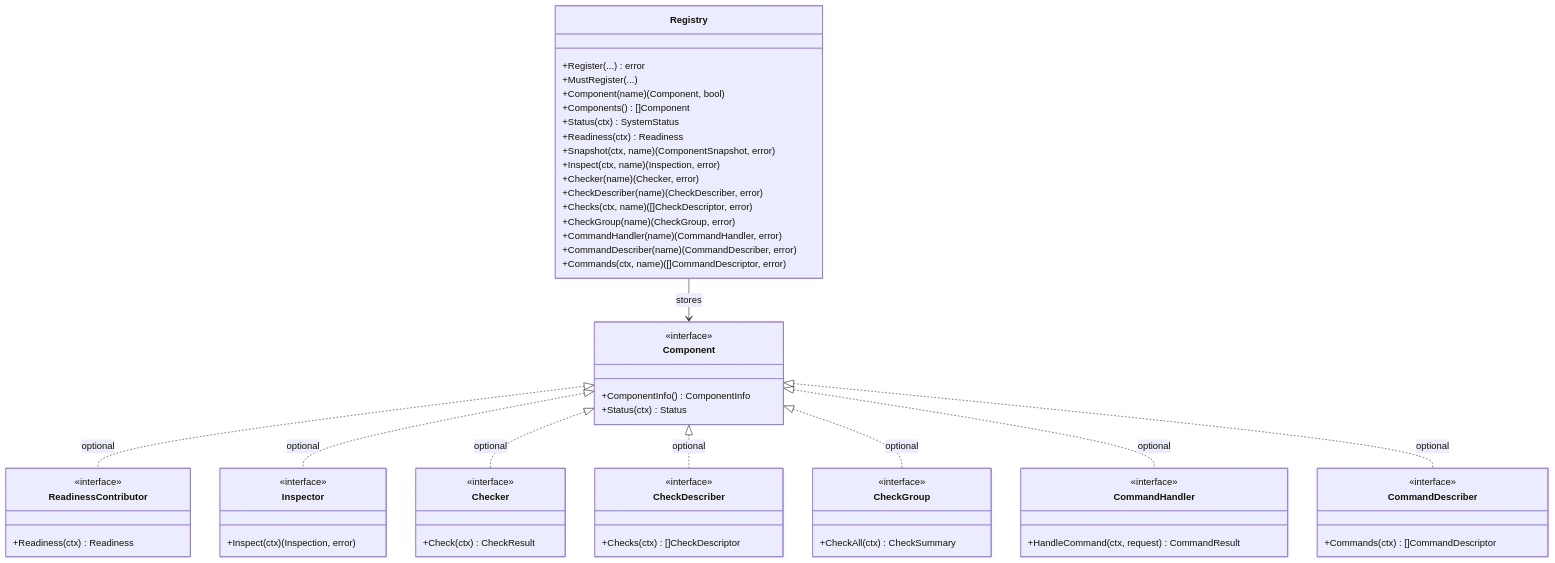
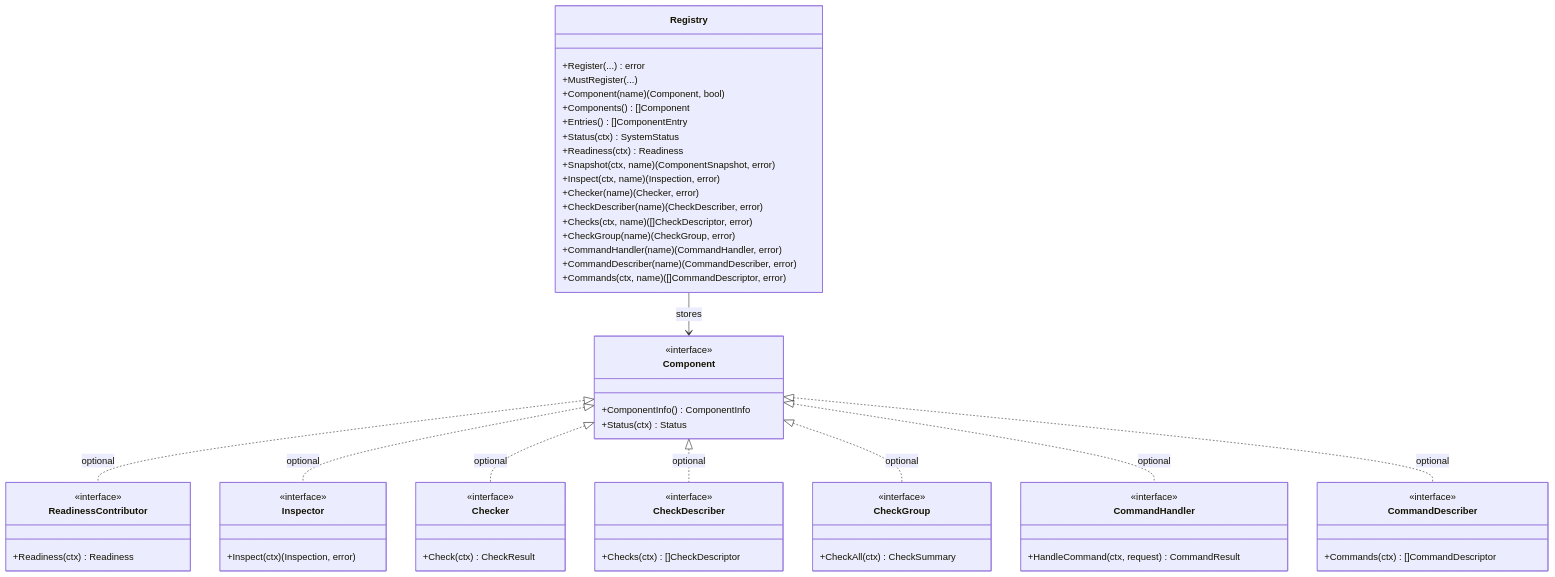
Before and after one commit to jaredjakacky/opskit: the second of 4 diagrams in docs/design.md, drawn with Mermaid. The commit also changed other lines of this file and 10 other files, not shown here.

````diff
--- a/docs/design.md
+++ b/docs/design.md
@@ -208,70 +223,71 @@
 ```mermaid
 classDiagram
   class Registry {
     +Register(...) error
     +MustRegister(...)
     +Component(name) (Component, bool)
     +Components() []Component
+    +Entries() []ComponentEntry
     +Status(ctx) SystemStatus
     +Readiness(ctx) Readiness
     +Snapshot(ctx, name) (ComponentSnapshot, error)
     +Inspect(ctx, name) (Inspection, error)
     +Checker(name) (Checker, error)
     +CheckDescriber(name) (CheckDescriber, error)
     +Checks(ctx, name) ([]CheckDescriptor, error)
     +CheckGroup(name) (CheckGroup, error)
     +CommandHandler(name) (CommandHandler, error)
     +CommandDescriber(name) (CommandDescriber, error)
     +Commands(ctx, name) ([]CommandDescriptor, error)
   }
 
   class Component {
     <<interface>>
     +ComponentInfo() ComponentInfo
     +Status(ctx) Status
   }
 
   class ReadinessContributor {
     <<interface>>
     +Readiness(ctx) Readiness
   }
 
   class Inspector {
     <<interface>>
     +Inspect(ctx) (Inspection, error)
   }
 
   class Checker {
     <<interface>>
     +Check(ctx) CheckResult
   }
 
   class CheckDescriber {
     <<interface>>
     +Checks(ctx) []CheckDescriptor
   }
 
   class CheckGroup {
     <<interface>>
     +CheckAll(ctx) CheckSummary
   }
 
   class CommandHandler {
     <<interface>>
     +HandleCommand(ctx, request) CommandResult
   }
 
   class CommandDescriber {
     <<interface>>
     +Commands(ctx) []CommandDescriptor
   }
 
   Registry --> Component : stores
   Component <|.. ReadinessContributor : optional
   Component <|.. Inspector : optional
   Component <|.. Checker : optional
   Component <|.. CheckDescriber : optional
   Component <|.. CheckGroup : optional
   Component <|.. CommandHandler : optional
   Component <|.. CommandDescriber : optional
 ```
````
